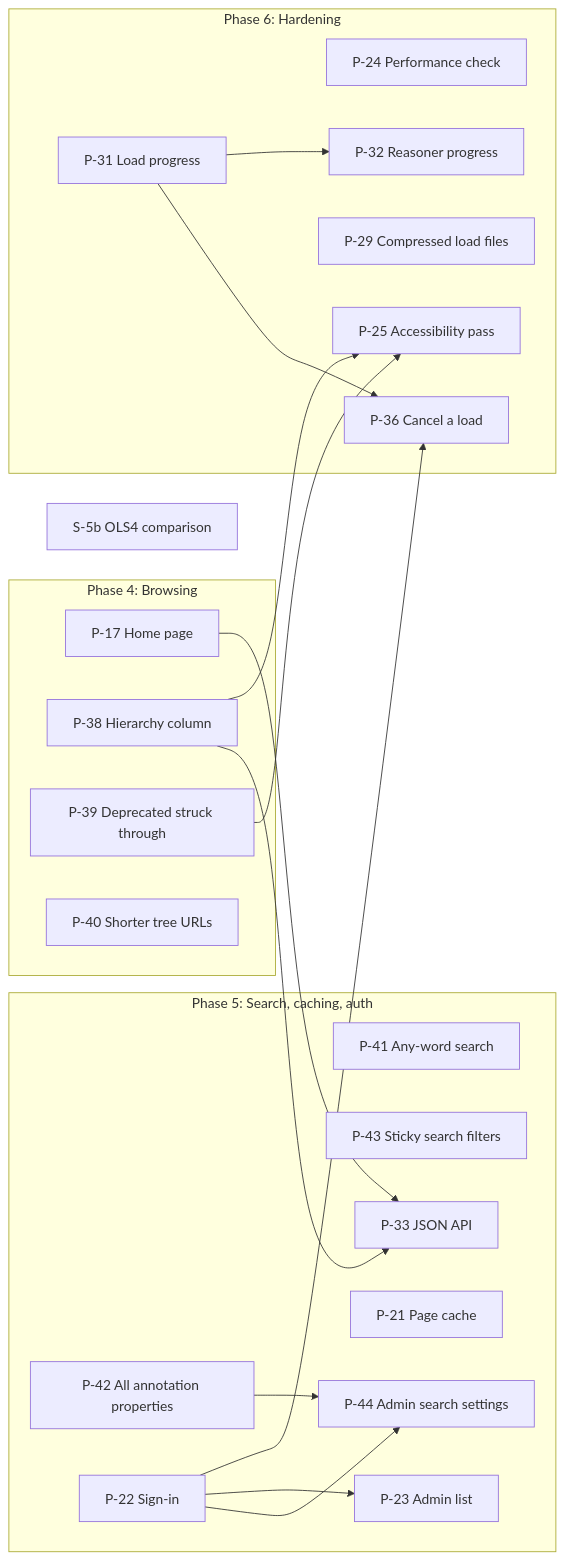
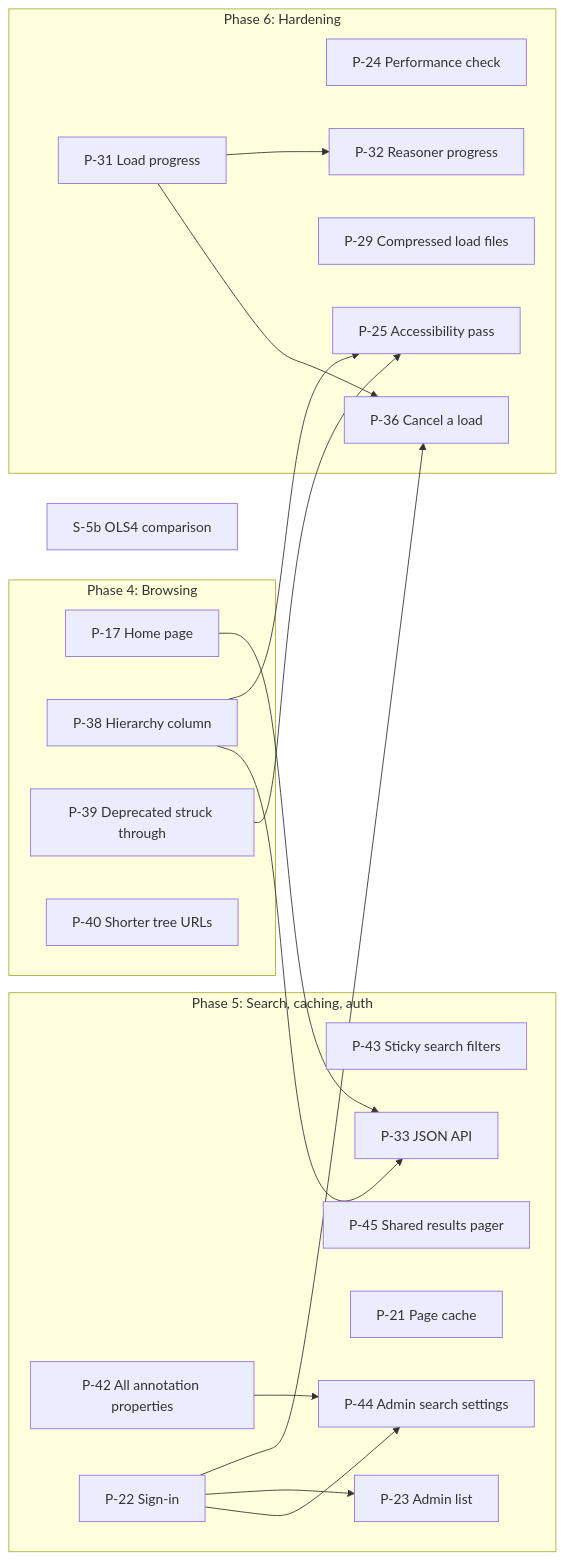
Before and after one commit to jclerman/browl: the diagram in docs/DESIGN.md, drawn with Mermaid. The commit also changed other lines of this file and 20 other files, not shown here.

First line of the commit message:
P-41: Search matches the start of any word (#138)

````diff
--- a/docs/DESIGN.md
+++ b/docs/DESIGN.md
@@ -1797,35 +1817,35 @@
 ```mermaid
 flowchart LR
     subgraph P4["Phase 4: Browsing"]
         P17["P-17 Home page"]
         P38["P-38 Hierarchy column"]
         P39["P-39 Deprecated struck through"]
         P40["P-40 Shorter tree URLs"]
     end
     subgraph P5["Phase 5: Search, caching, auth"]
-        P41["P-41 Any-word search"]
         P42["P-42 All annotation properties"]
         P43["P-43 Sticky search filters"]
         P44["P-44 Admin search settings"]
+        P45["P-45 Shared results pager"]
         P21["P-21 Page cache"]
         P22["P-22 Sign-in"]
         P23["P-23 Admin list"]
         P33["P-33 JSON API"]
     end
     subgraph P6["Phase 6: Hardening"]
         P24["P-24 Performance check"]
         P25["P-25 Accessibility pass"]
         P29["P-29 Compressed load files"]
         P31["P-31 Load progress"]
         P32["P-32 Reasoner progress"]
         P36["P-36 Cancel a load"]
     end
     S5b["S-5b OLS4 comparison"]
 
     P17 & P38 --> P33
     P38 & P39 --> P25
     P22 & P42 --> P44
     P22 --> P23
     P22 & P31 --> P36
     P31 --> P32
 ```
````
